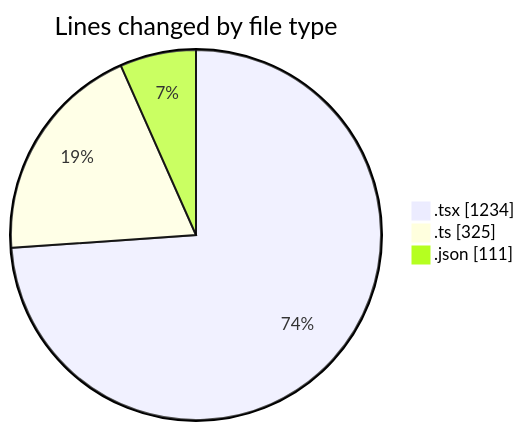
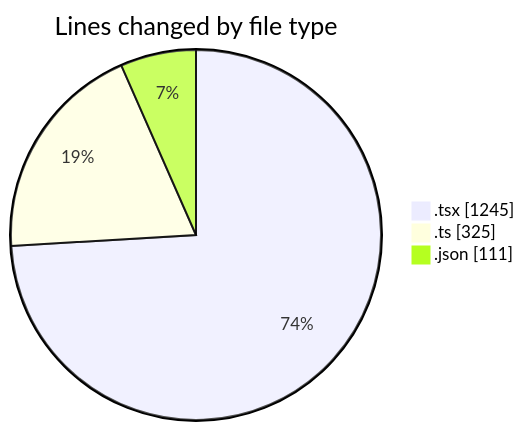
Before and after one commit to julien-gomy/code-tracking: the first of 2 diagrams in 2025-11-08/eventscop-frontend-guide__workspace_/README.md, drawn with Mermaid. The commit also changed other lines of this file and 1 other file, not shown here.

````diff
--- a/2025-11-08/eventscop-frontend-guide__workspace_/README.md
+++ b/2025-11-08/eventscop-frontend-guide__workspace_/README.md
@@ -32,7 +32,7 @@
 ```mermaid
 pie showData
 title Lines changed by file type
-".tsx" : 1234
+".tsx" : 1245
 ".ts" : 325
 ".json" : 111
 ```
````
